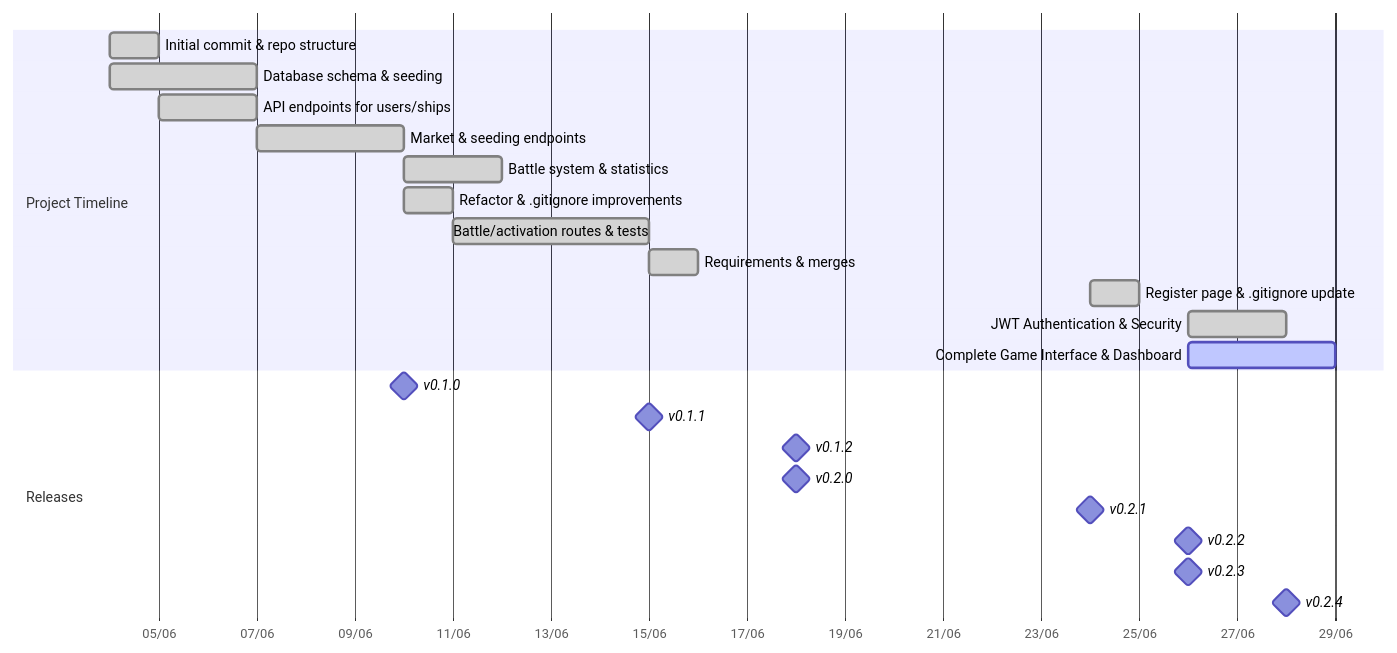
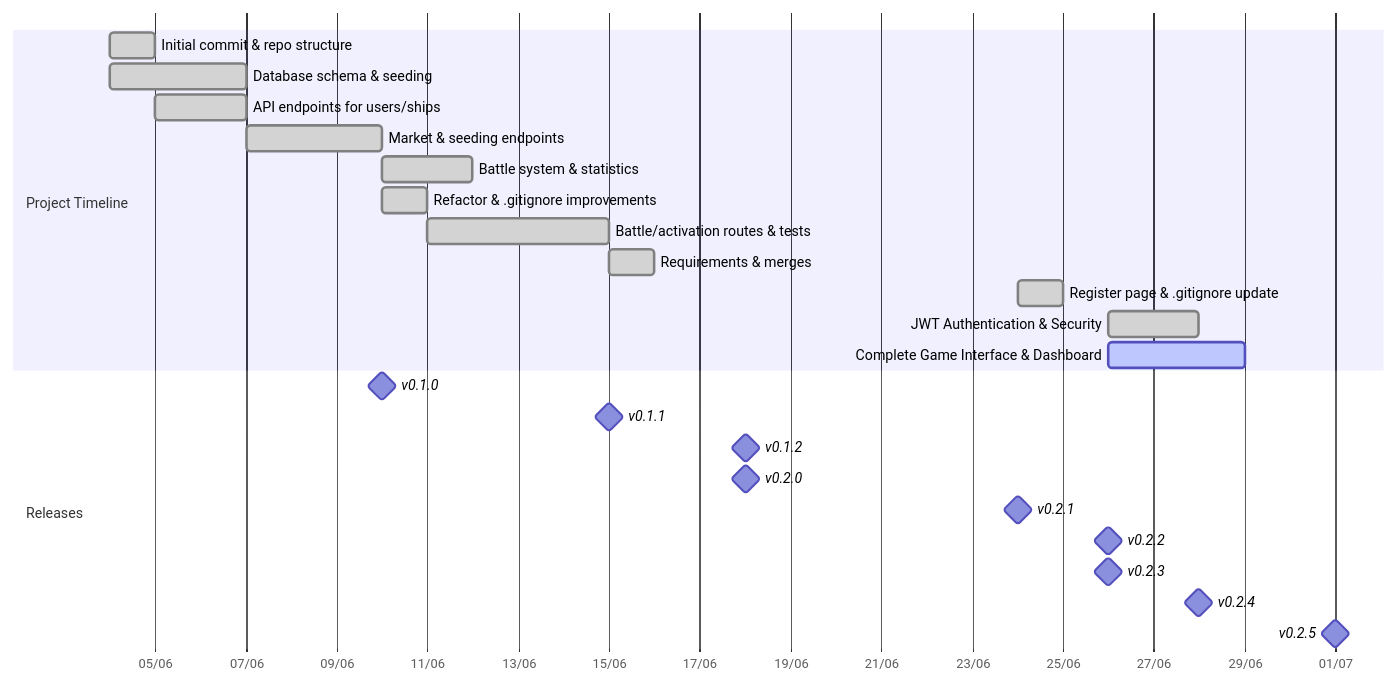
Before and after one commit to FilipePacheco73/Bellum-Astrum: the third of 3 diagrams in README.md, drawn with Mermaid. The commit also changed 21 other files, not shown here.

````diff
--- a/README.md
+++ b/README.md
@@ -264,27 +264,28 @@
 ```mermaid
 gantt
 dateFormat  YYYY-MM-DD
 axisFormat  %d/%m
 section Project Timeline
 Initial commit & repo structure        :done,    des1, 2025-06-04, 1d
 Database schema & seeding             :done,    des2, 2025-06-04, 3d
 API endpoints for users/ships         :done,    des3, 2025-06-05, 2d
 Market & seeding endpoints            :done,    des4, 2025-06-07, 3d
 Battle system & statistics            :done,    des5, 2025-06-10, 2d
 Refactor & .gitignore improvements    :done,    des6, 2025-06-10, 1d
 Battle/activation routes & tests      :done,    des7, 2025-06-11, 4d
 Requirements & merges                 :done,    des8, 2025-06-15, 1d
 Register page & .gitignore update     :done,    des9, 2025-06-24, 1d
 JWT Authentication & Security         :done,    des10, 2025-06-26, 2d
 Complete Game Interface & Dashboard   :active,  des11, 2025-06-26, 3d
 
 section Releases
 v0.1.0 :milestone, m1, 2025-06-10, 0d
 v0.1.1 :milestone, m2, 2025-06-15, 0d
 v0.1.2 :milestone, m3, 2025-06-18, 0d
 v0.2.0 :milestone, m4, 2025-06-18, 0d
 v0.2.1 :milestone, m5, 2025-06-24, 0d
 v0.2.2 :milestone, m6, 2025-06-26, 0d
 v0.2.3 :milestone, m7, 2025-06-26, 0d
 v0.2.4 :milestone, m8, 2025-06-28, 0d
+v0.2.5 :milestone, m9, 2025-07-01, 0d
 ```
````
